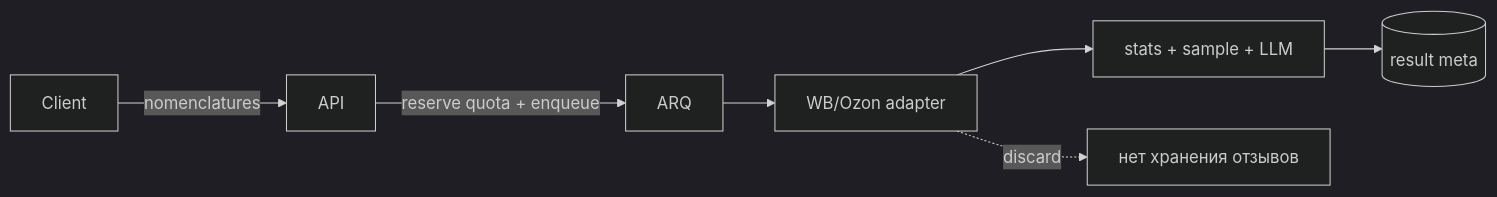
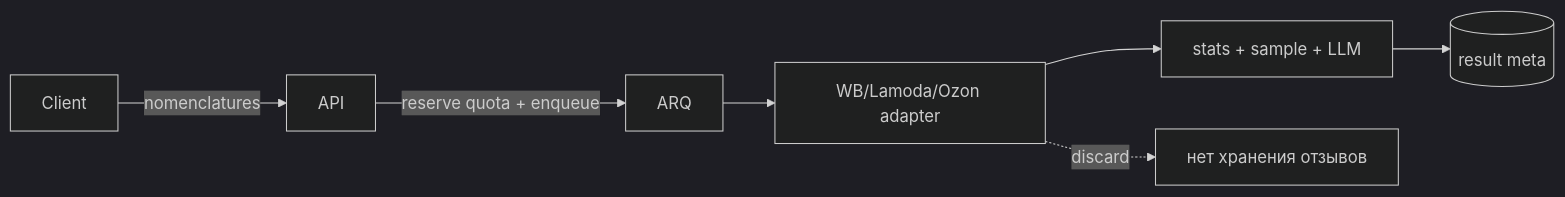
Before and after one commit to MarketHackerLabs/docs: the first of 2 diagrams in architecture/reviews-analysis.md, drawn with Mermaid (dark theme). The commit also changed other lines of this file and 6 other files, not shown here.

````diff
--- a/architecture/reviews-analysis.md
+++ b/architecture/reviews-analysis.md
@@ -11,9 +11,9 @@
 ```mermaid
 flowchart LR
   Client -->|nomenclatures| API
   API -->|reserve quota + enqueue| ARQ
-  ARQ --> Fetch[WB/Ozon adapter]
+  ARQ --> Fetch[WB/Lamoda/Ozon adapter]
   Fetch --> Pipeline[stats + sample + LLM]
   Pipeline --> PG[(result meta)]
   Fetch -.->|discard| X[нет хранения отзывов]
 ```
````
